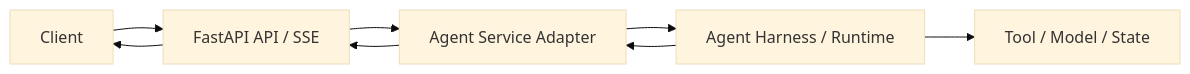
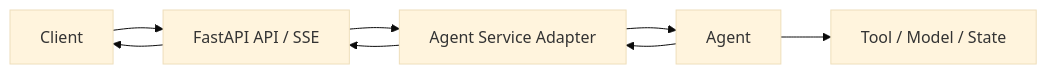
One commit to studyzhige-ui/ai-application-interview-handbook changed the diagram in fastapi/docs/16-AIServicePatterns.md. Above: the diagram before and after it, drawn with Mermaid (base theme). The commit also changed 142 other files, not shown here.

````diff
--- a/fastapi/docs/16-AIServicePatterns.md
+++ b/fastapi/docs/16-AIServicePatterns.md
@@ -256,10 +256,10 @@
 ```mermaid
 flowchart LR
     A["Client"] --> B["FastAPI API / SSE"]
     B --> C["Agent Service Adapter"]
-    C --> D["Agent Harness / Runtime"]
+    C --> D["Agent"]
     D --> E["Tool / Model / State"]
     D --> C
     C --> B
     B --> A
 ```
````
